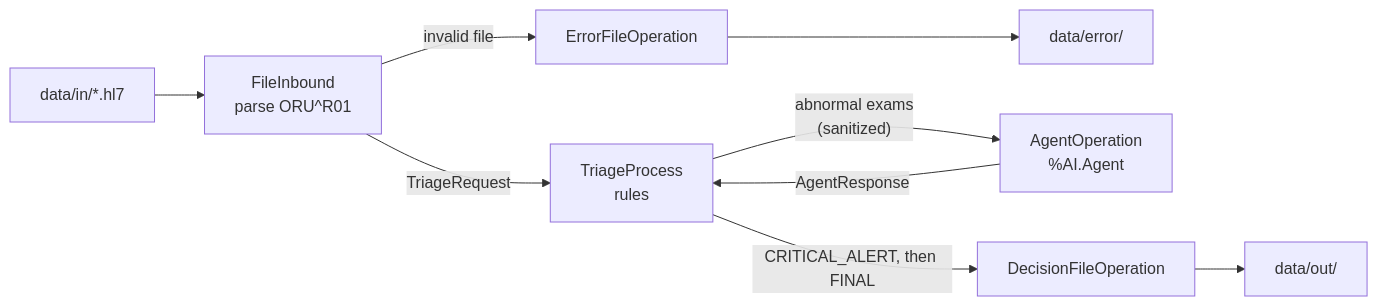
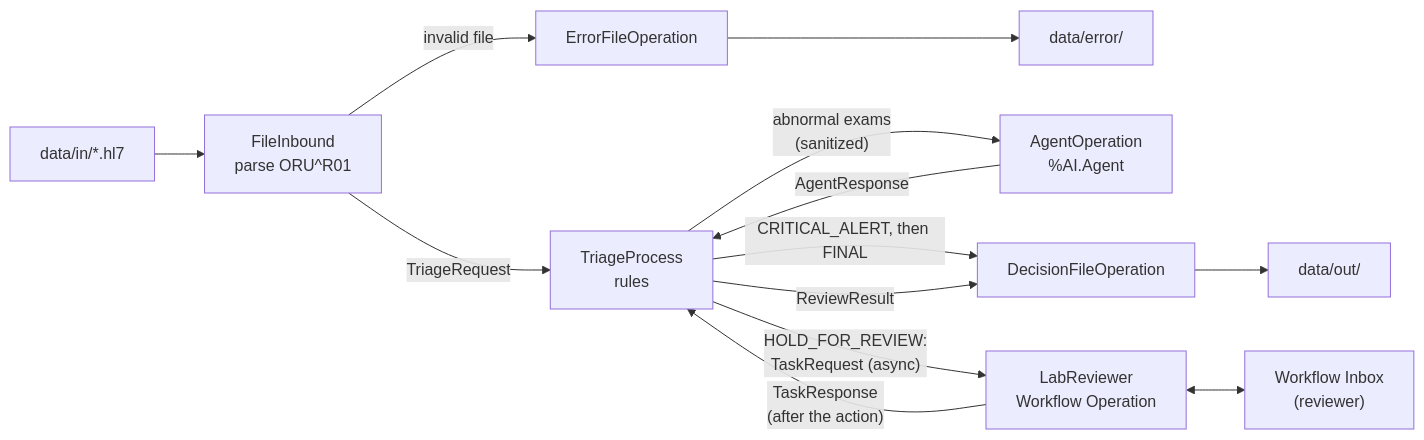
Before and after one commit to AzizCotrim/iris-lab-triage-agent: the diagram in README.md, drawn with Mermaid. The commit also changed other lines of this file and 1 other file, not shown here.

Commit message:
docs: human review (Workflow) in README; dev journal for 11-01

````diff
--- a/README.md
+++ b/README.md
@@ -104,9 +112,13 @@
 ```mermaid
 flowchart LR
   IN["data/in/*.hl7"] --> FI["FileInbound<br/>parse ORU^R01"]
   FI -- "invalid file" --> EFO["ErrorFileOperation"] --> ERR["data/error/"]
   FI -- "TriageRequest" --> TP["TriageProcess<br/>rules"]
   TP -- "abnormal exams<br/>(sanitized)" --> AO["AgentOperation<br/>%AI.Agent"]
   AO -- "AgentResponse" --> TP
   TP -- "CRITICAL_ALERT, then FINAL" --> DFO["DecisionFileOperation"] --> OUT["data/out/"]
+  TP -- "HOLD_FOR_REVIEW:<br/>TaskRequest (async)" --> LR["LabReviewer<br/>Workflow Operation"]
+  LR <--> INBOX["Workflow Inbox<br/>(reviewer)"]
+  LR -- "TaskResponse<br/>(after the action)" --> TP
+  TP -- "ReviewResult" --> DFO
 ```
````
